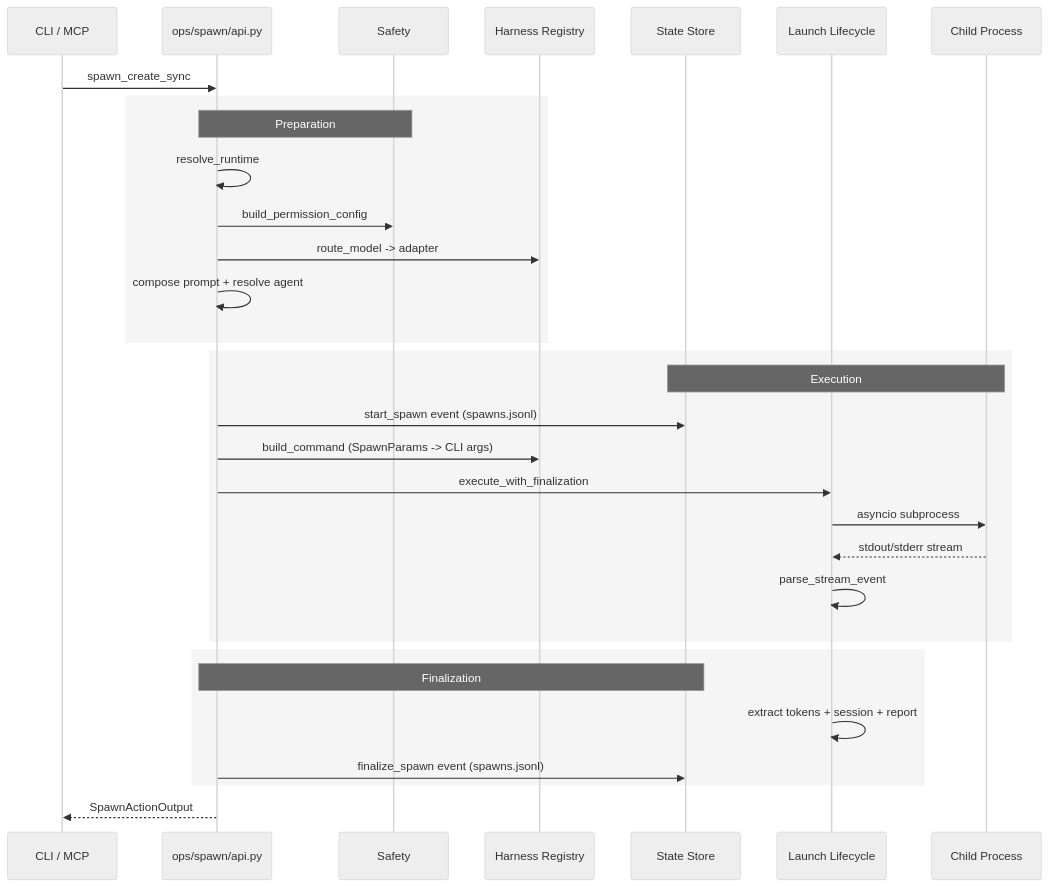
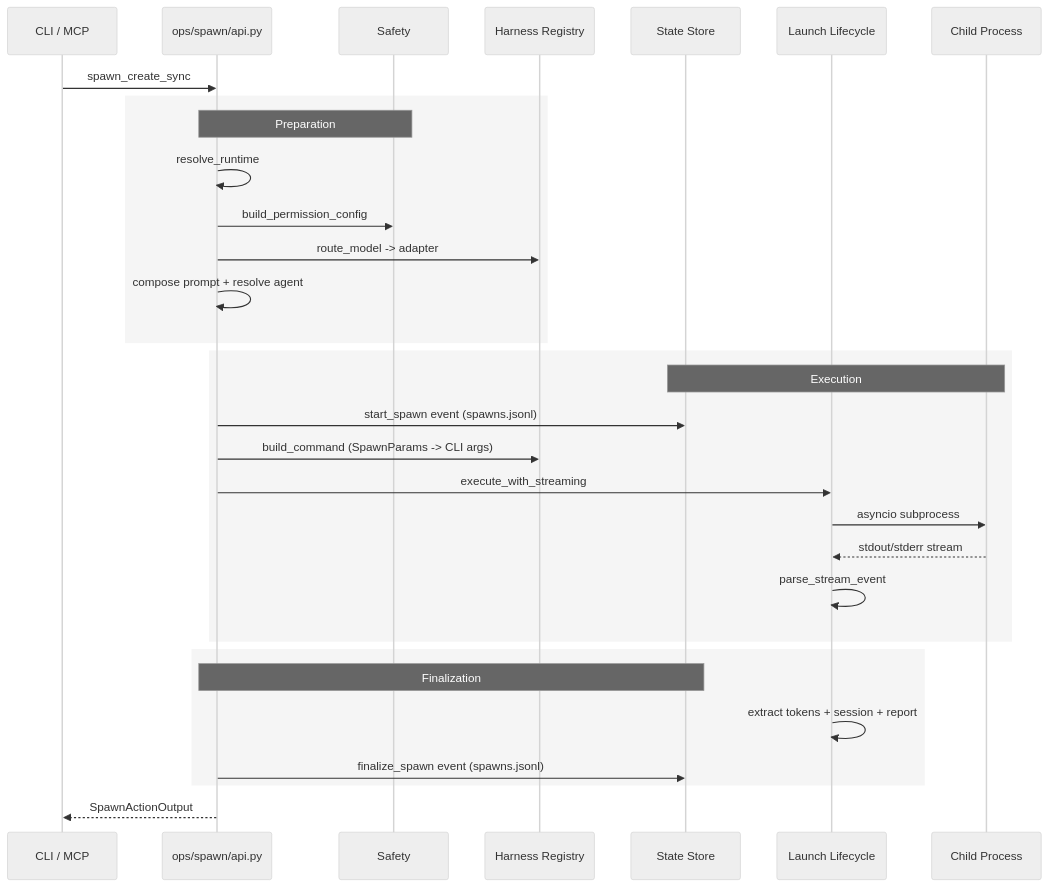
Before and after one commit to meridian-flow/meridian-cli: the third of 8 diagrams in docs/_internal/ARCHITECTURE.md, drawn with Mermaid (neutral theme). The commit also changed other lines of this file and 22 other files, not shown here.

````diff
--- a/docs/_internal/ARCHITECTURE.md
+++ b/docs/_internal/ARCHITECTURE.md
@@ -172,38 +172,38 @@
 ```mermaid
 sequenceDiagram
     participant CLI as CLI / MCP
     participant Ops as ops/spawn/api.py
     participant Safety as Safety
     participant Harness as Harness Registry
     participant Store as State Store
     participant Launch as Launch Lifecycle
     participant Child as Child Process
 
     CLI->>Ops: spawn_create_sync
 
     rect rgba(128, 128, 128, 0.08)
         Note over Ops,Safety: Preparation
         Ops->>Ops: resolve_runtime
         Ops->>Safety: build_permission_config
         Ops->>Harness: route_model -> adapter
         Ops->>Ops: compose prompt + resolve agent
     end
 
     rect rgba(128, 128, 128, 0.08)
         Note over Store,Child: Execution
         Ops->>Store: start_spawn event (spawns.jsonl)
         Ops->>Harness: build_command (SpawnParams -> CLI args)
-        Ops->>Launch: execute_with_finalization
+        Ops->>Launch: execute_with_streaming
         Launch->>Child: asyncio subprocess
         Child-->>Launch: stdout/stderr stream
         Launch->>Launch: parse_stream_event
     end
 
     rect rgba(128, 128, 128, 0.08)
         Note over Ops,Store: Finalization
         Launch->>Launch: extract tokens + session + report
         Ops->>Store: finalize_spawn event (spawns.jsonl)
     end
 
     Ops-->>CLI: SpawnActionOutput
 ```
````
